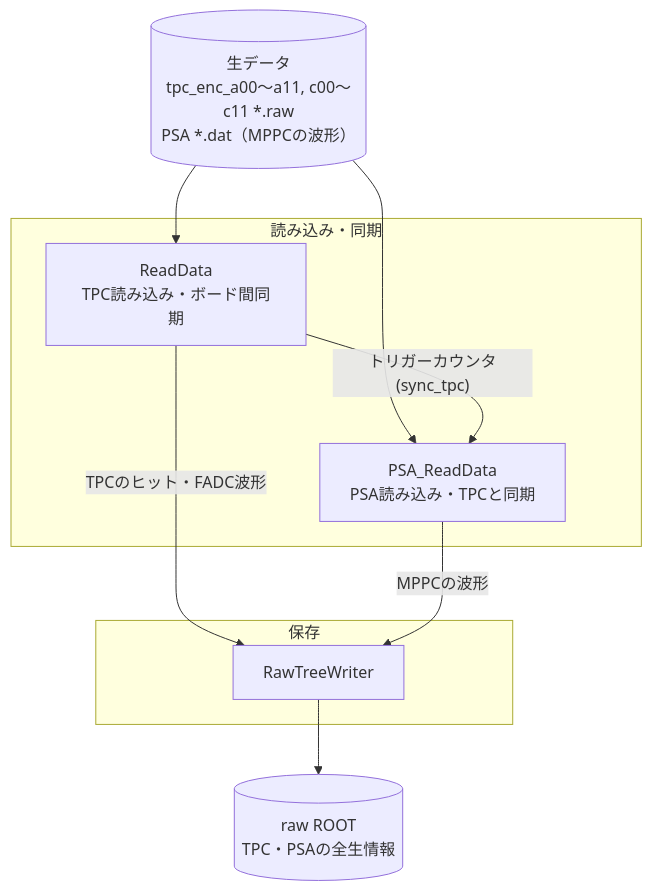
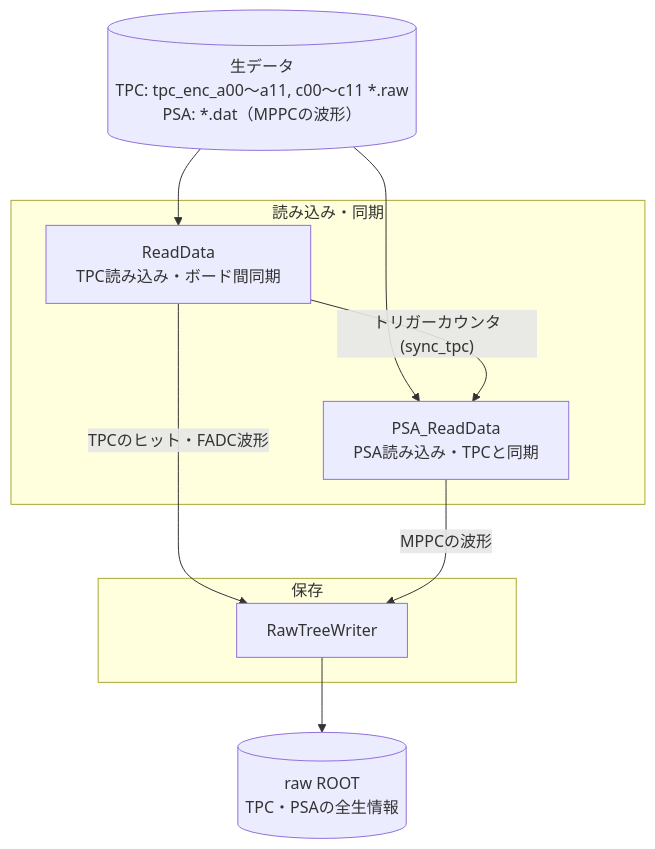
The second of 3 diagrams in README.md (SMILE-tool-box/EricaNext), drawn with Mermaid before and after one commit. The commit also changed other lines of this file, not shown here.

Commit message:
README: widen the flowchart label wrapping so the cylinders stay on one line

````diff
--- a/README.md
+++ b/README.md
@@ -157,18 +157,19 @@
 ```mermaid
+%%{init: {"flowchart": {"wrappingWidth": 400}}}%%
 flowchart TD
-  RAW[("生データ<br>tpc_enc_a00〜a11, c00〜c11 *.raw<br>PSA *.dat（MPPCの波形）")]
+  RAW[("生データ<br>TPC: tpc_enc_a00〜a11, c00〜c11 *.raw<br>PSA: *.dat（MPPCの波形）")]
   subgraph L0["読み込み・同期"]
     RD["ReadData<br>TPC読み込み・ボード間同期"]
     PRD["PSA_ReadData<br>PSA読み込み・TPCと同期"]
   end
   subgraph L1["保存"]
     WR[RawTreeWriter]
   end
   ROOT[("raw ROOT<br>TPC・PSAの全生情報")]
   RAW --> RD
   RAW --> PRD
   RD -- "トリガーカウンタ(sync_tpc)" --> PRD
   RD -- "TPCのヒット・FADC波形" --> WR
   PRD -- "MPPCの波形" --> WR
   WR --> ROOT
 ```
````
